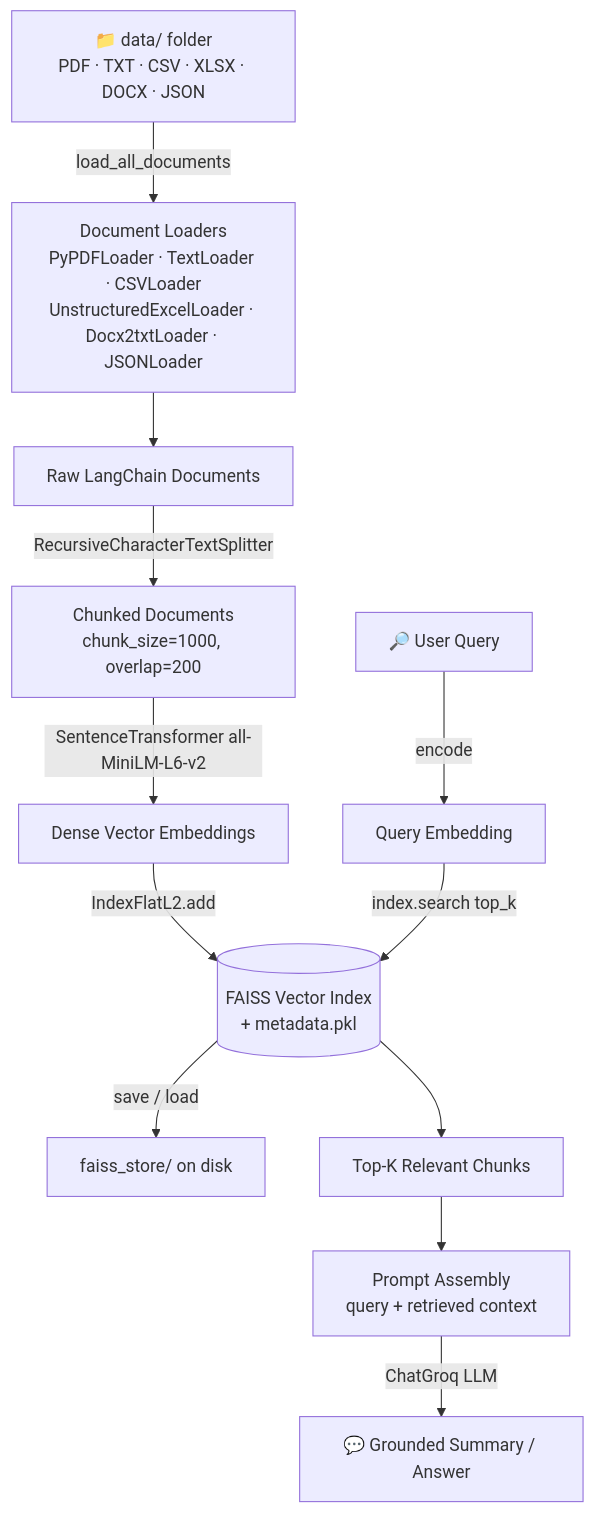
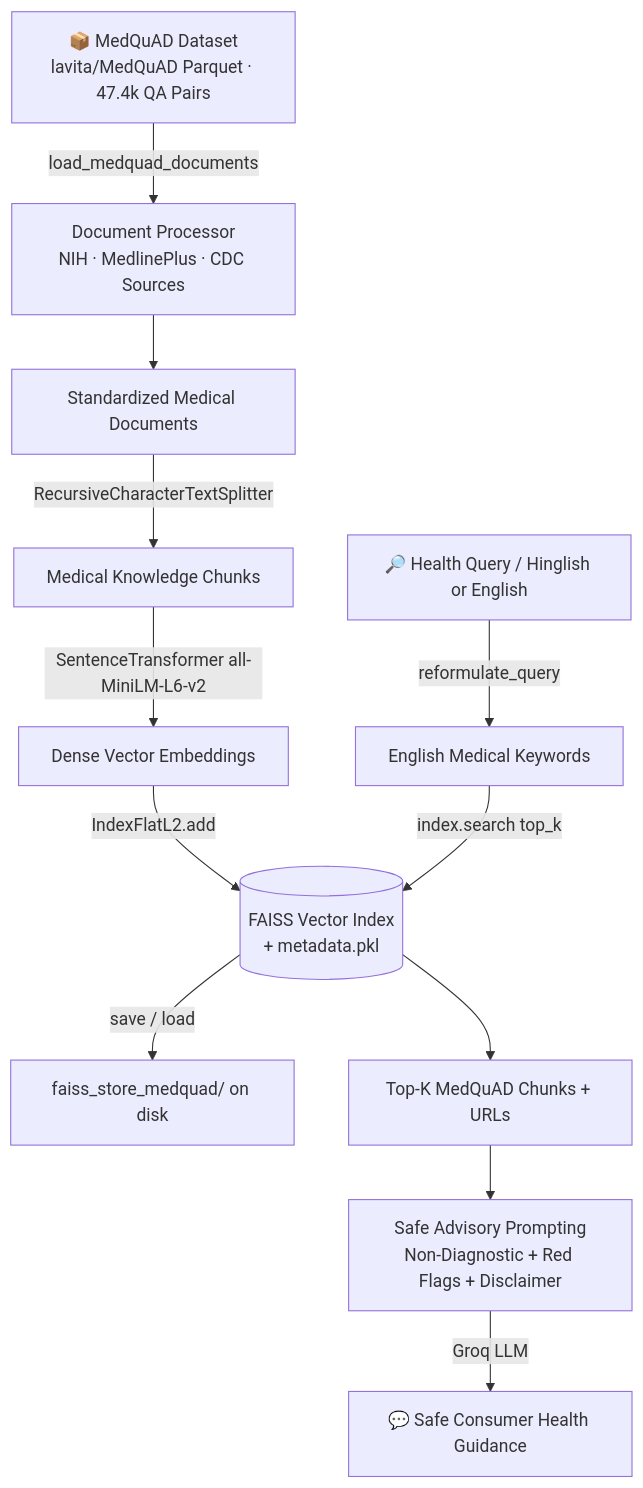
One commit to Themahattva/Advanced-RAG-for-Research-papers changed the first of 3 diagrams in README.md. Above: the diagram before and after it, drawn with Mermaid. The commit also changed other lines of this file and 6 other files, not shown here.

First line of the commit message:
Transition scope to MedQuAD consumer health advisor with crisp non-diagnostic prompt

````diff
--- a/README.md
+++ b/README.md
@@ -59,15 +74,15 @@
 ```mermaid
 flowchart TD
-    A[📁 data/ folder<br/>PDF · TXT · CSV · XLSX · DOCX · JSON] -->|load_all_documents| B[Document Loaders<br/>PyPDFLoader · TextLoader · CSVLoader<br/>UnstructuredExcelLoader · Docx2txtLoader · JSONLoader]
-    B --> C[Raw LangChain Documents]
-    C -->|RecursiveCharacterTextSplitter| D[Chunked Documents<br/>chunk_size=1000, overlap=200]
+    A[📦 MedQuAD Dataset<br/>lavita/MedQuAD Parquet · 47.4k QA Pairs] -->|load_medquad_documents| B[Document Processor<br/>NIH · MedlinePlus · CDC Sources]
+    B --> C[Standardized Medical Documents]
+    C -->|RecursiveCharacterTextSplitter| D[Medical Knowledge Chunks]
     D -->|SentenceTransformer all-MiniLM-L6-v2| E[Dense Vector Embeddings]
     E -->|IndexFlatL2.add| F[(FAISS Vector Index<br/>+ metadata.pkl)]
-    F -->|save / load| G[faiss_store/ on disk]
+    F -->|save / load| G[faiss_store_medquad/ on disk]
 
-    H[🔎 User Query] -->|encode| I[Query Embedding]
+    H[🔎 Health Query / Hinglish or English] -->|reformulate_query| I[English Medical Keywords]
     I -->|index.search top_k| F
-    F --> J[Top-K Relevant Chunks]
-    J --> K[Prompt Assembly<br/>query + retrieved context]
-    K -->|ChatGroq LLM| L[💬 Grounded Summary / Answer]
+    F --> J[Top-K MedQuAD Chunks + URLs]
+    J --> K[Safe Advisory Prompting<br/>Non-Diagnostic + Red Flags + Disclaimer]
+    K -->|Groq LLM| L[💬 Safe Consumer Health Guidance]
 ```
````
